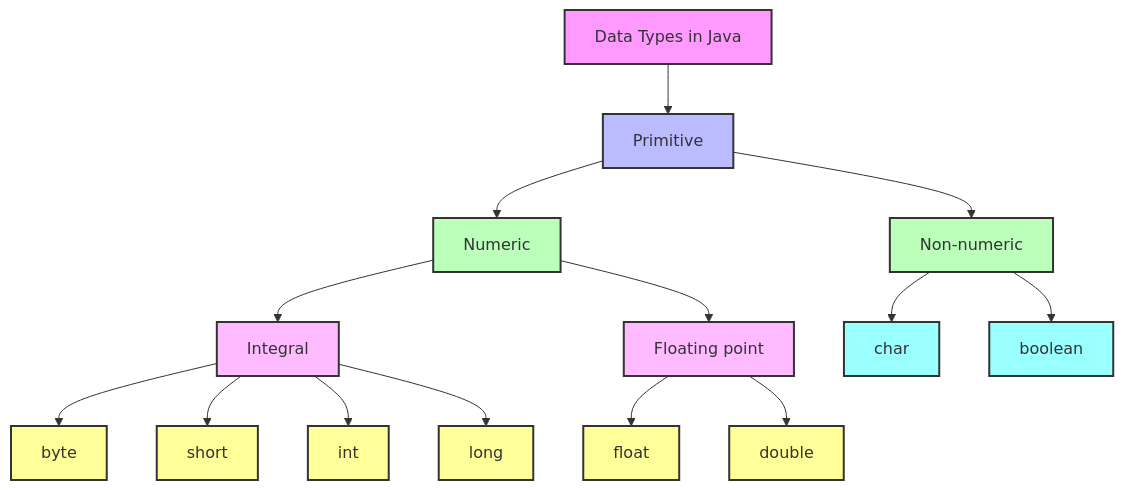
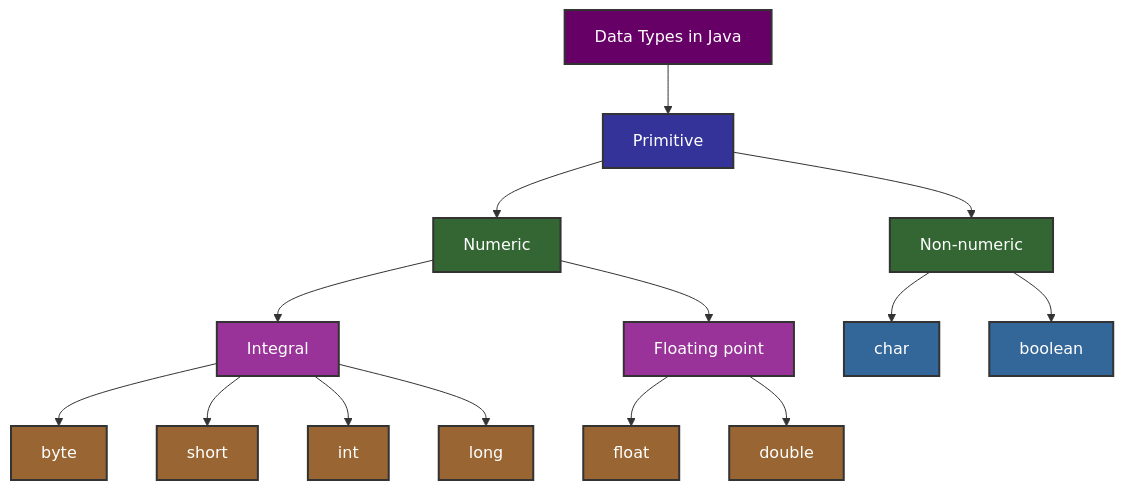
One commit to uandersonferreira/java-oracle-course changed the first of 5 diagrams in src/br/com/uanderson/java-oracle-section-01.md. Above: the diagram before and after it, drawn with Mermaid. The commit also changed other lines of this file and 43 other files, not shown here.

````diff
--- a/src/br/com/uanderson/java-oracle-section-01.md
+++ b/src/br/com/uanderson/java-oracle-section-01.md
@@ -20,37 +20,37 @@
 ```mermaid
 graph TD
   A[Data Types in Java] --> B[Primitive]
 
   B --> C[Numeric]
   B --> H[Non-numeric]
 
   C --> D[Integral]
   C --> E[Floating point]
 
   D --> F[byte]
   D --> G[short]
   D --> I[int]
   D --> J[long]
 
   E --> K[float]
   E --> L[double]
 
   H --> M[char]
   H --> N[boolean]
 
-  style A fill:#f9f,stroke:#333,stroke-width:2px
-  style B fill:#bbf,stroke:#333,stroke-width:2px
-  style C fill:#bfb,stroke:#333,stroke-width:2px
-  style H fill:#bfb,stroke:#333,stroke-width:2px
-  style D fill:#fbf,stroke:#333,stroke-width:2px
-  style E fill:#fbf,stroke:#333,stroke-width:2px
-  style F fill:#ff9,stroke:#333,stroke-width:2px
-  style G fill:#ff9,stroke:#333,stroke-width:2px
-  style I fill:#ff9,stroke:#333,stroke-width:2px
-  style J fill:#ff9,stroke:#333,stroke-width:2px
-  style K fill:#ff9,stroke:#333,stroke-width:2px
-  style L fill:#ff9,stroke:#333,stroke-width:2px
-  style M fill:#9ff,stroke:#333,stroke-width:2px
-  style N fill:#9ff,stroke:#333,stroke-width:2px
+  style A fill:#660066,stroke:#333,stroke-width:2px,color:#fff
+  style B fill:#333399,stroke:#333,stroke-width:2px,color:#fff
+  style C fill:#336633,stroke:#333,stroke-width:2px,color:#fff
+  style H fill:#336633,stroke:#333,stroke-width:2px,color:#fff
+  style D fill:#993399,stroke:#333,stroke-width:2px,color:#fff
+  style E fill:#993399,stroke:#333,stroke-width:2px,color:#fff
+  style F fill:#996633,stroke:#333,stroke-width:2px,color:#fff
+  style G fill:#996633,stroke:#333,stroke-width:2px,color:#fff
+  style I fill:#996633,stroke:#333,stroke-width:2px,color:#fff
+  style J fill:#996633,stroke:#333,stroke-width:2px,color:#fff
+  style K fill:#996633,stroke:#333,stroke-width:2px,color:#fff
+  style L fill:#996633,stroke:#333,stroke-width:2px,color:#fff
+  style M fill:#336699,stroke:#333,stroke-width:2px,color:#fff
+  style N fill:#336699,stroke:#333,stroke-width:2px,color:#fff
 
 ```
````
